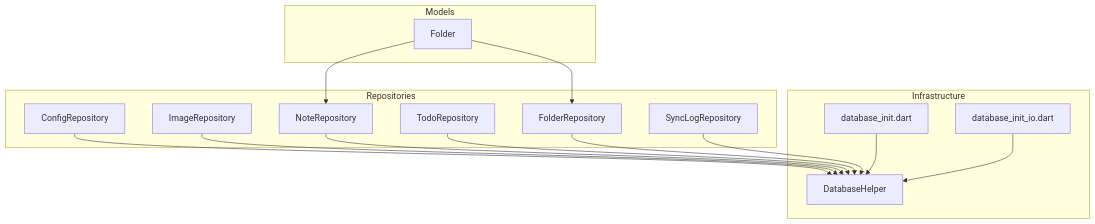
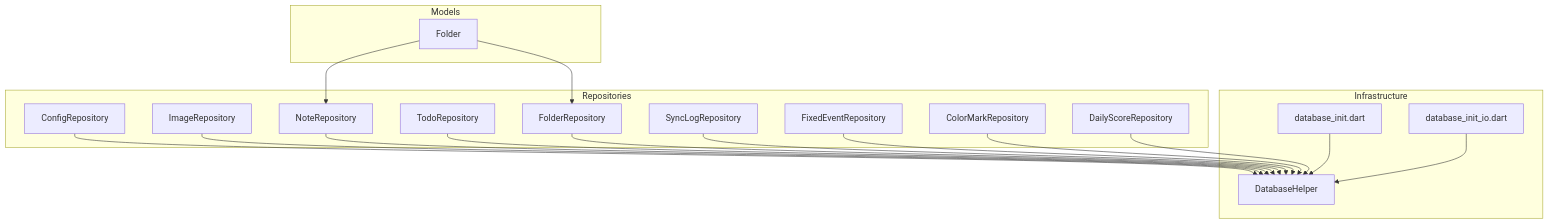
Before and after one commit to favoroo/QNote: the first of 5 diagrams in .qoder/repowiki/en/content/Data Models and Database Schema/Data Access Patterns and Repository Implementation.md, drawn with Mermaid. The commit also changed other lines of this file and 114 other files, not shown here.

````diff
--- a/.qoder/repowiki/en/content/Data Models and Database Schema/Data Access Patterns and Repository Implementation.md
+++ b/.qoder/repowiki/en/content/Data Models and Database Schema/Data Access Patterns and Repository Implementation.md
@@ -42,29 +45,35 @@
 ```mermaid
 graph TB
 subgraph "Models"
 M1["Folder"]
 end
 subgraph "Repositories"
 R1["ConfigRepository"]
 R2["ImageRepository"]
 R3["NoteRepository"]
 R4["TodoRepository"]
 R5["FolderRepository"]
 R6["SyncLogRepository"]
+R7["FixedEventRepository"]
+R8["ColorMarkRepository"]
+R9["DailyScoreRepository"]
 end
 subgraph "Infrastructure"
 D1["DatabaseHelper"]
 DI1["database_init.dart"]
 DI2["database_init_io.dart"]
 end
 M1 --> R3
 M1 --> R5
 R1 --> D1
 R2 --> D1
 R3 --> D1
 R4 --> D1
 R5 --> D1
 R6 --> D1
+R7 --> D1
+R8 --> D1
+R9 --> D1
 DI1 --> D1
 DI2 --> D1
 ```
````
